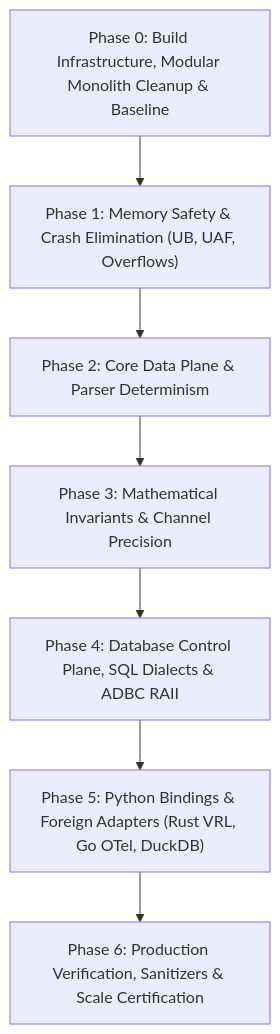
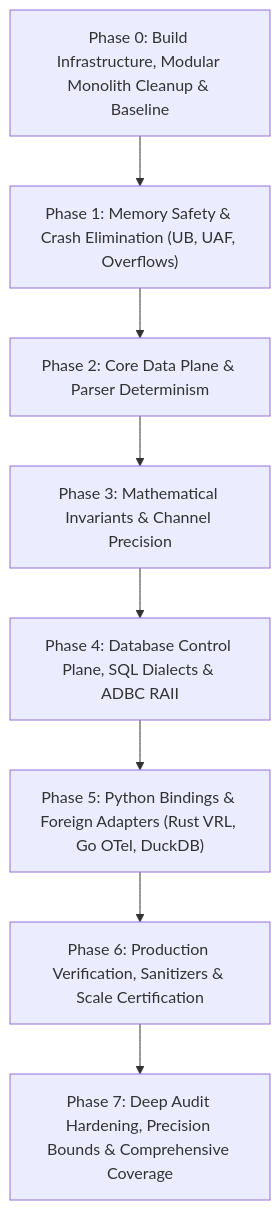
One commit to 4t1a/razobill changed the diagram in AUDIT/ROADMAP.md. Above: the diagram before and after it, drawn with Mermaid. The commit also changed other lines of this file and 45 other files, not shown here.

Commit message:
fix(audit): complete Phase 7, resolve all 11 LOW findings and 15 NOTE design items

````diff
--- a/AUDIT/ROADMAP.md
+++ b/AUDIT/ROADMAP.md
@@ -12,17 +12,19 @@
 ```mermaid
 flowchart TD
     P0["Phase 0: Build Infrastructure, Modular Monolith Cleanup & Baseline"]
     P1["Phase 1: Memory Safety & Crash Elimination (UB, UAF, Overflows)"]
     P2["Phase 2: Core Data Plane & Parser Determinism"]
     P3["Phase 3: Mathematical Invariants & Channel Precision"]
     P4["Phase 4: Database Control Plane, SQL Dialects & ADBC RAII"]
     P5["Phase 5: Python Bindings & Foreign Adapters (Rust VRL, Go OTel, DuckDB)"]
     P6["Phase 6: Production Verification, Sanitizers & Scale Certification"]
+    P7["Phase 7: Deep Audit Hardening, Precision Bounds & Comprehensive Coverage"]
 
     P0 --> P1
     P1 --> P2
     P2 --> P3
     P3 --> P4
     P4 --> P5
     P5 --> P6
+    P6 --> P7
 ```
````
